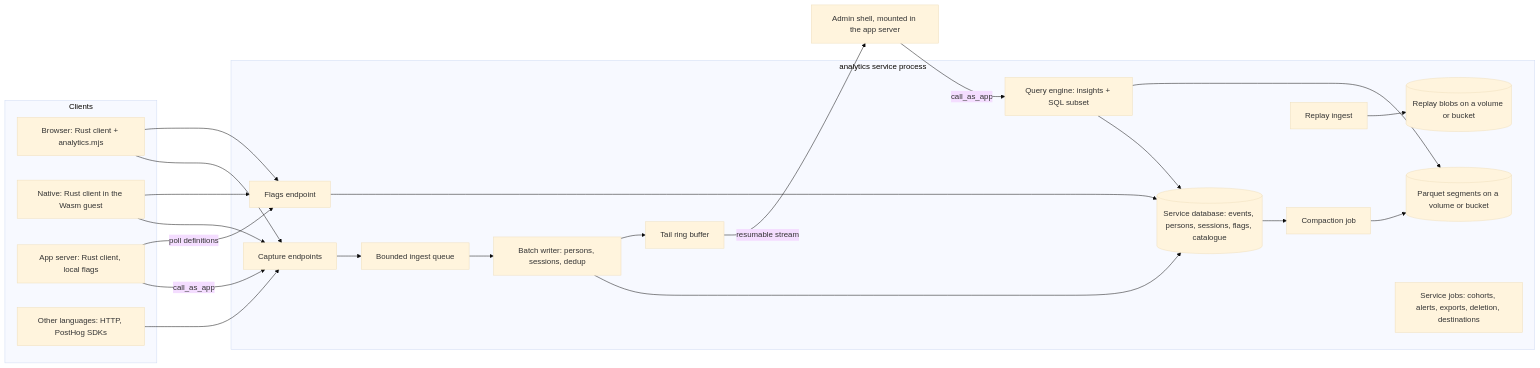
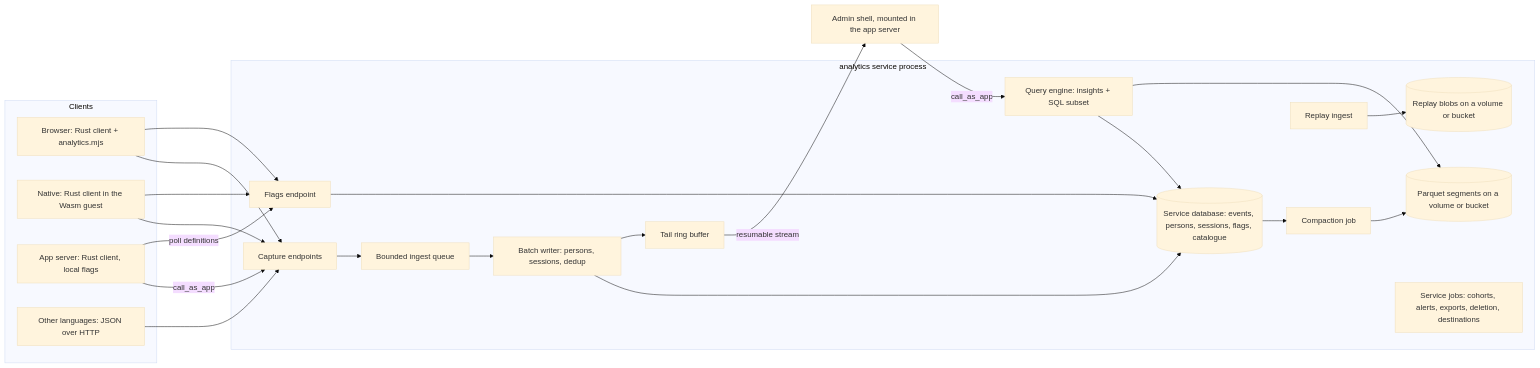
One commit to leptoskit/leptoskit changed the diagram in docs/agents/analytics-service.md. Above: the diagram before and after it, drawn with Mermaid (base theme). The commit also changed other lines of this file and 1 other file, not shown here.

First line of the commit message:
docs(analytics): own compact wire format; PostHog formats become an adapter

````diff
--- a/docs/agents/analytics-service.md
+++ b/docs/agents/analytics-service.md
@@ -111,27 +113,27 @@
 ```mermaid
 flowchart LR
   subgraph Clients
     Web[Browser: Rust client + analytics.mjs]
     Native[Native: Rust client in the Wasm guest]
     Server[App server: Rust client, local flags]
-    Http[Other languages: HTTP, PostHog SDKs]
+    Http[Other languages: JSON over HTTP]
   end
   subgraph Service[analytics service process]
     Capture[Capture endpoints] --> Queue[Bounded ingest queue]
     Queue --> Writer[Batch writer: persons, sessions, dedup]
     Writer --> Hot[(Service database: events, persons, sessions, flags, catalogue)]
     Writer --> Tail[Tail ring buffer]
     Hot --> Compact[Compaction job] --> Cold[(Parquet segments on a volume or bucket)]
     Query[Query engine: insights + SQL subset] --> Hot
     Query --> Cold
     Flags[Flags endpoint] --> Hot
     Replay[Replay ingest] --> Blobs[(Replay blobs on a volume or bucket)]
     Jobs[Service jobs: cohorts, alerts, exports, deletion, destinations]
   end
   Web & Native & Http --> Capture
   Server -- call_as_app --> Capture
   Web & Native --> Flags
   Server -- poll definitions --> Flags
   Admin[Admin shell, mounted in the app server] -- call_as_app --> Query
   Tail -- resumable stream --> Admin
 ```
````
